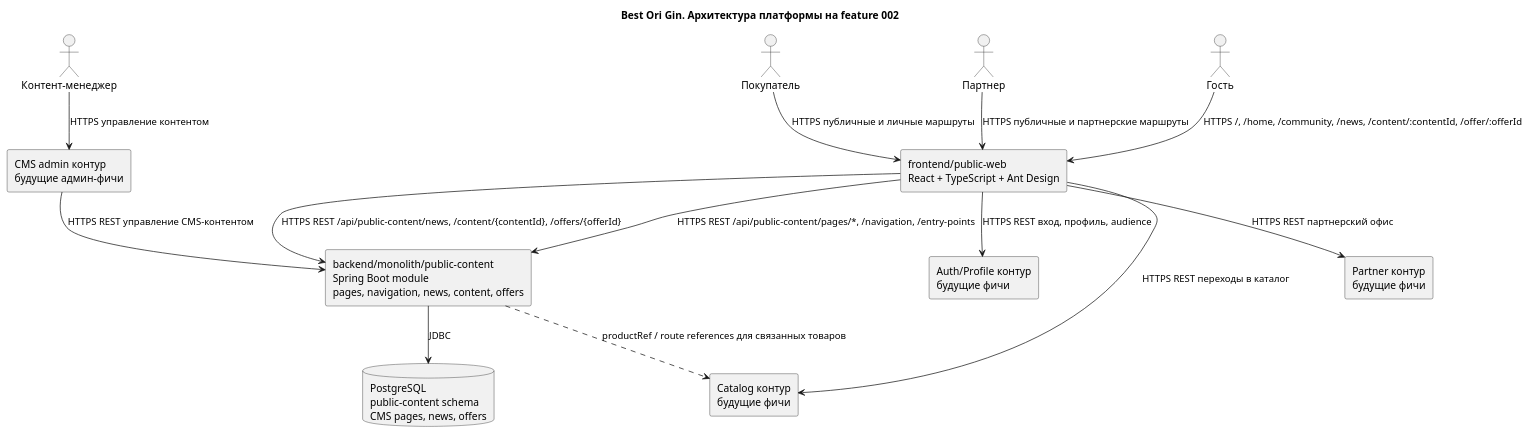
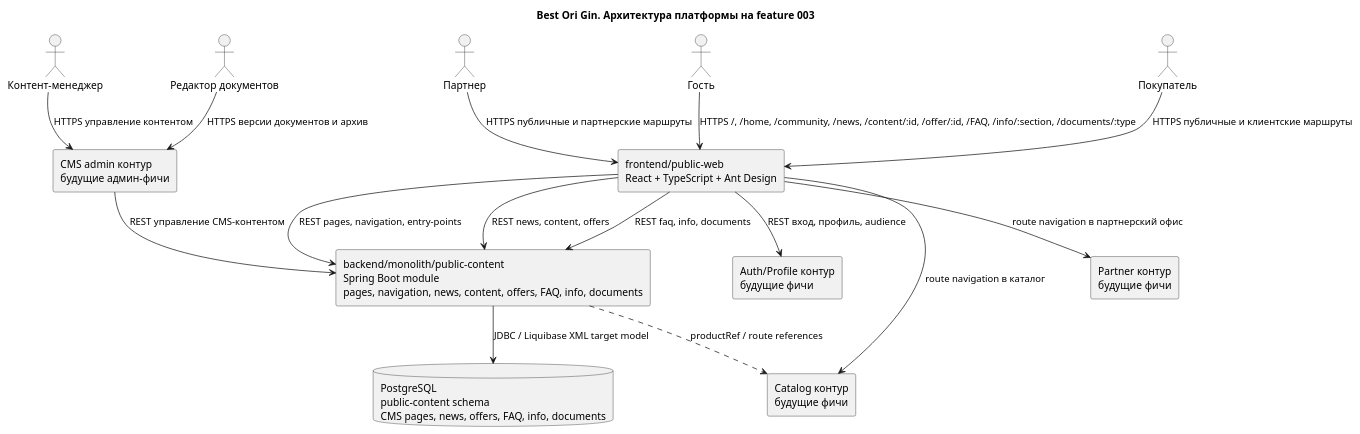
The diagram in agents/architecture/architecture.plantuml (alextaralexander/ai_ori_test), drawn with PlantUML before and after one commit. The commit also changed 51 other files, not shown here.

Commit message:
agents_app2: complete feature #3 faq_инфо_и_документы

```diff
--- a/agents/architecture/architecture.plantuml
+++ b/agents/architecture/architecture.plantuml
@@ -1,33 +1,36 @@
 @startuml
-title Best Ori Gin. Архитектура платформы на feature 002
+title Best Ori Gin. Архитектура платформы на feature 003
 
 skinparam componentStyle rectangle
 
 actor "Гость" as Guest
 actor "Покупатель" as Customer
 actor "Партнер" as Partner
 actor "Контент-менеджер" as ContentManager
+actor "Редактор документов" as LegalEditor
 
 component "frontend/public-web\nReact + TypeScript + Ant Design" as PublicWeb
-component "backend/monolith/public-content\nSpring Boot module\npages, navigation, news, content, offers" as PublicContent
-database "PostgreSQL\npublic-content schema\nCMS pages, news, offers" as PublicDb
+component "backend/monolith/public-content\nSpring Boot module\npages, navigation, news, content, offers, FAQ, info, documents" as PublicContent
+database "PostgreSQL\npublic-content schema\nCMS pages, news, offers, FAQ, info, documents" as PublicDb
 component "CMS admin контур\nбудущие админ-фичи" as CmsAdmin
 component "Auth/Profile контур\nбудущие фичи" as AuthProfile
 component "Catalog контур\nбудущие фичи" as Catalog
 component "Partner контур\nбудущие фичи" as PartnerArea
 
-Guest --> PublicWeb : HTTPS /, /home, /community, /news, /content/:contentId, /offer/:offerId
-Customer --> PublicWeb : HTTPS публичные и личные маршруты
+Guest --> PublicWeb : HTTPS /, /home, /community, /news, /content/:id, /offer/:id, /FAQ, /info/:section, /documents/:type
+Customer --> PublicWeb : HTTPS публичные и клиентские маршруты
 Partner --> PublicWeb : HTTPS публичные и партнерские маршруты
 ContentManager --> CmsAdmin : HTTPS управление контентом
+LegalEditor --> CmsAdmin : HTTPS версии документов и архив
 
-PublicWeb --> PublicContent : HTTPS REST /api/public-content/pages/*, /navigation, /entry-points
-PublicWeb --> PublicContent : HTTPS REST /api/public-content/news, /content/{contentId}, /offers/{offerId}
-PublicContent --> PublicDb : JDBC
-CmsAdmin --> PublicContent : HTTPS REST управление CMS-контентом
-PublicWeb --> AuthProfile : HTTPS REST вход, профиль, audience
-PublicWeb --> Catalog : HTTPS REST переходы в каталог
-PublicContent ..> Catalog : productRef / route references для связанных товаров
-PublicWeb --> PartnerArea : HTTPS REST партнерский офис
+PublicWeb --> PublicContent : REST pages, navigation, entry-points
+PublicWeb --> PublicContent : REST news, content, offers
+PublicWeb --> PublicContent : REST faq, info, documents
+PublicContent --> PublicDb : JDBC / Liquibase XML target model
+CmsAdmin --> PublicContent : REST управление CMS-контентом
+PublicWeb --> AuthProfile : REST вход, профиль, audience
+PublicWeb --> Catalog : route navigation в каталог
+PublicContent ..> Catalog : productRef / route references
+PublicWeb --> PartnerArea : route navigation в партнерский офис
 
 @enduml
```
